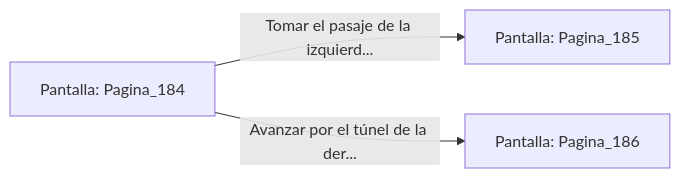
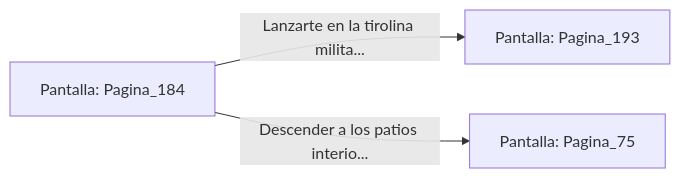
The diagram in sample/eligejuego-vault/Pantalla_Pagina_184.md (metsuke/mpl), drawn with Mermaid before and after one commit. The commit also changed other lines of this file and 635 other files, not shown here.

First line of the commit message:
fix: añadir Pagina_1 como pantalla inicial en capitulo_01.mpl

````diff
--- a/sample/eligejuego-vault/Pantalla_Pagina_184.md
+++ b/sample/eligejuego-vault/Pantalla_Pagina_184.md
@@ -20,6 +22,6 @@
 ```mermaid
 graph LR
     P_Pagina_184["Pantalla: Pagina_184"]
-    P_Pagina_184 -->|"Tomar el pasaje de la izquierd..."| P_Pagina_185["Pantalla: Pagina_185"]
-    P_Pagina_184 -->|"Avanzar por el túnel de la der..."| P_Pagina_186["Pantalla: Pagina_186"]
+    P_Pagina_184 -->|"Lanzarte en la tirolina milita..."| P_Pagina_193["Pantalla: Pagina_193"]
+    P_Pagina_184 -->|"Descender a los patios interio..."| P_Pagina_75["Pantalla: Pagina_75"]
 ```
````
